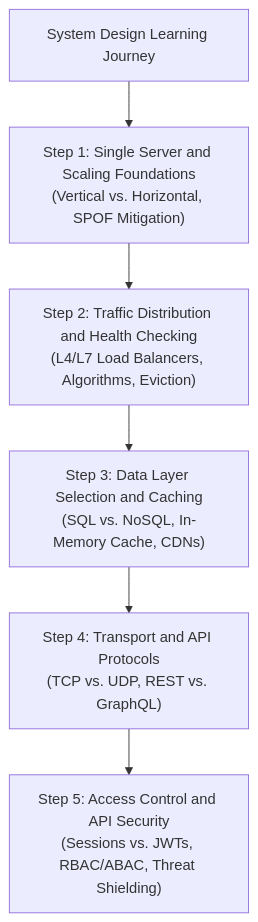
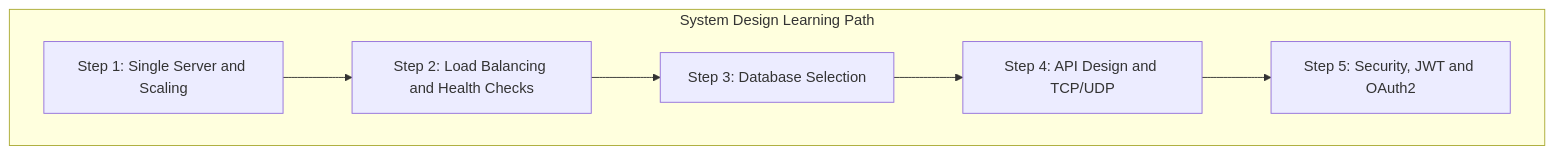
Before and after one commit to kmashour/BrainDump: the first of 7 diagrams in Reference Notes/17_system_design_fundamentals.md, drawn with Mermaid. The commit also changed other lines of this file and 6 other files, not shown here.

Commit message:
docs/feat: ingest system design and integrate conceptual/project notes

````diff
--- a/Reference Notes/17_system_design_fundamentals.md
+++ b/Reference Notes/17_system_design_fundamentals.md
@@ -11,8 +19,9 @@
 ```mermaid
-flowchart TD
-    Start["System Design Learning Journey"] --> Step1["Step 1: Single Server and Scaling Foundations<br>(Vertical vs. Horizontal, SPOF Mitigation)"]
-    Step1 --> Step2["Step 2: Traffic Distribution and Health Checking<br>(L4/L7 Load Balancers, Algorithms, Eviction)"]
-    Step2 --> Step3["Step 3: Data Layer Selection and Caching<br>(SQL vs. NoSQL, In-Memory Cache, CDNs)"]
-    Step3 --> Step4["Step 4: Transport and API Protocols<br>(TCP vs. UDP, REST vs. GraphQL)"]
-    Step4 --> Step5["Step 5: Access Control and API Security<br>(Sessions vs. JWTs, RBAC/ABAC, Threat Shielding)"]
+graph TD
+    subgraph learning_path["System Design Learning Path"]
+        A["Step 1: Single Server and Scaling"] --> B["Step 2: Load Balancing and Health Checks"]
+        B --> C["Step 3: Database Selection"]
+        C --> D["Step 4: API Design and TCP/UDP"]
+        D --> E["Step 5: Security, JWT and OAuth2"]
+    end
 ```
````
